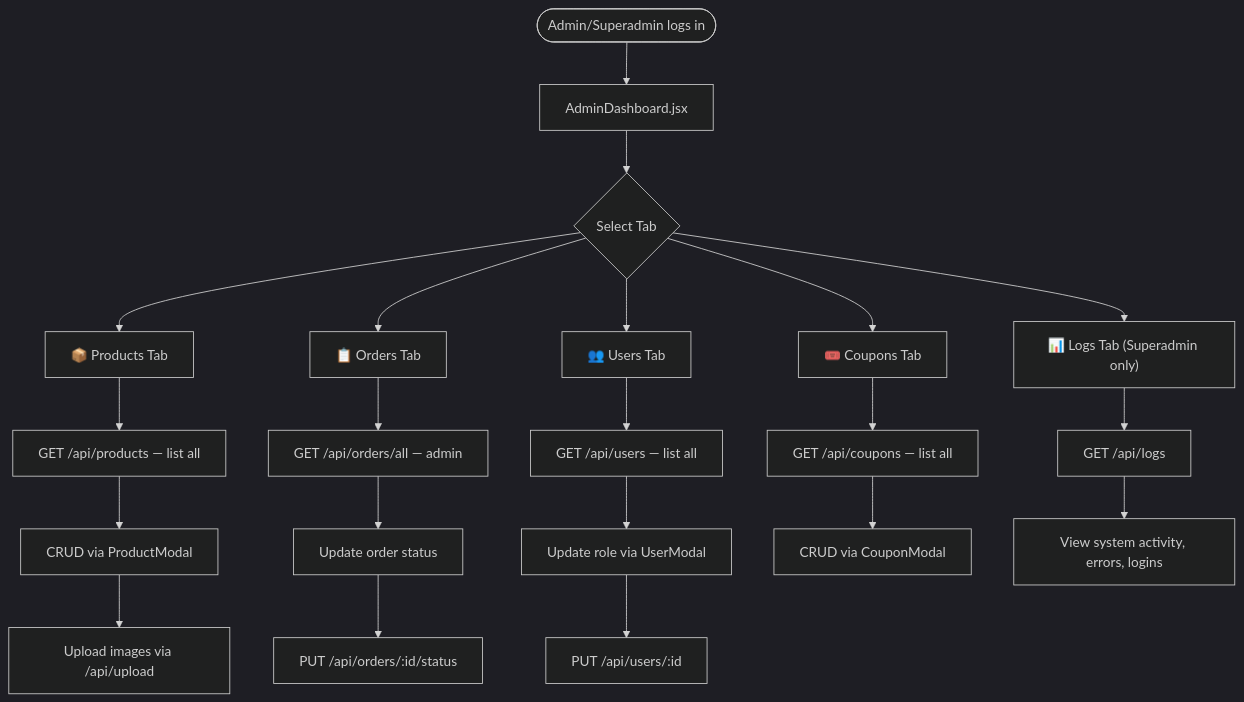
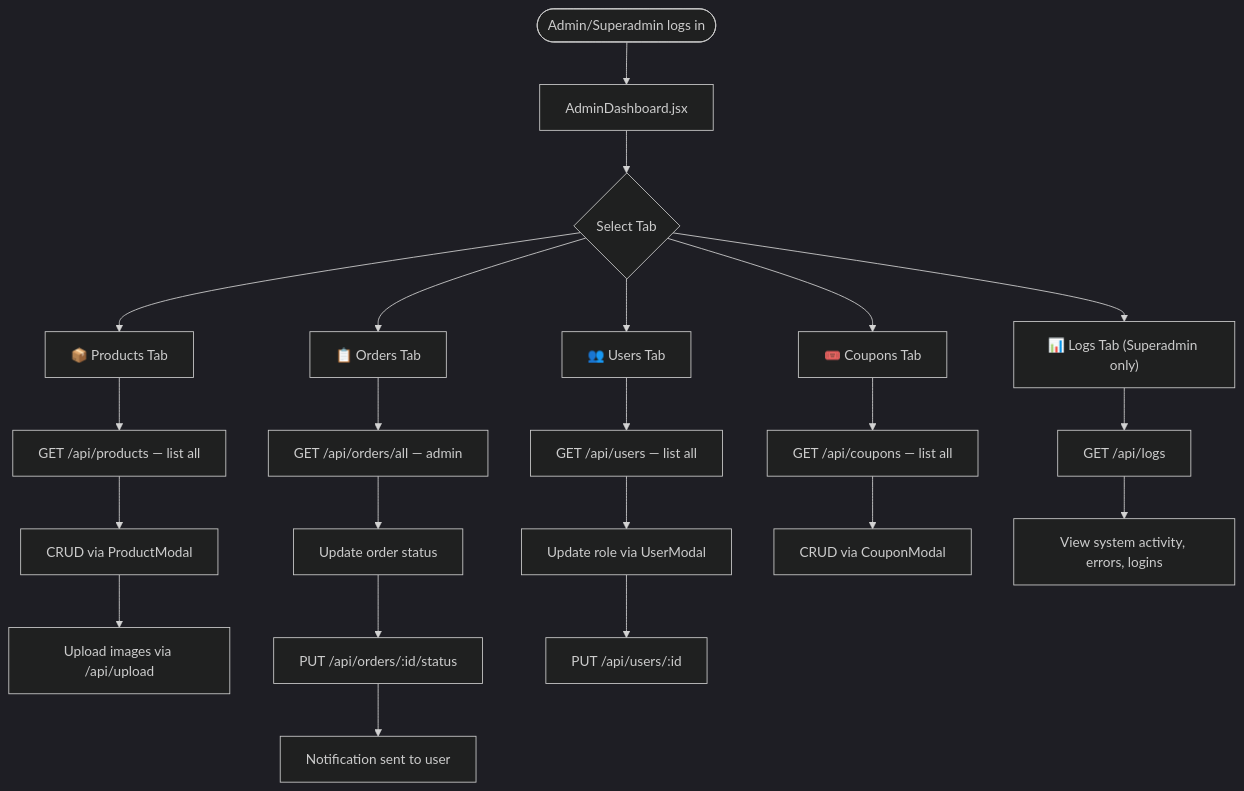
The seventh of 10 diagrams in architecture_diagrams.md (Narendrakaduru/QuickCart), drawn with Mermaid (dark theme) before and after one commit. The commit also changed other lines of this file and 1 other file, not shown here.

Commit message:
Document Notification-System

````diff
--- a/architecture_diagrams.md
+++ b/architecture_diagrams.md
@@ -366,28 +389,29 @@
 ```mermaid
 flowchart TD
     A([Admin/Superadmin logs in]) --> B["AdminDashboard.jsx"]
     B --> C{Select Tab}
 
     C --> D["📦 Products Tab"]
     D --> D1["GET /api/products — list all"]
     D1 --> D2["CRUD via ProductModal"]
     D2 --> D3["Upload images via /api/upload"]
 
     C --> E["📋 Orders Tab"]
     E --> E1["GET /api/orders/all — admin"]
     E1 --> E2["Update order status"]
     E2 --> E3["PUT /api/orders/:id/status"]
+    E3 --> E4["Notification sent to user"]
 
     C --> F["👥 Users Tab"]
     F --> F1["GET /api/users — list all"]
     F1 --> F2["Update role via UserModal"]
     F2 --> F3["PUT /api/users/:id"]
 
     C --> G["🎟️ Coupons Tab"]
     G --> G1["GET /api/coupons — list all"]
     G1 --> G2["CRUD via CouponModal"]
 
     C --> H["📊 Logs Tab (Superadmin only)"]
     H --> H1["GET /api/logs"]
     H1 --> H2["View system activity, errors, logins"]
 ```
````
